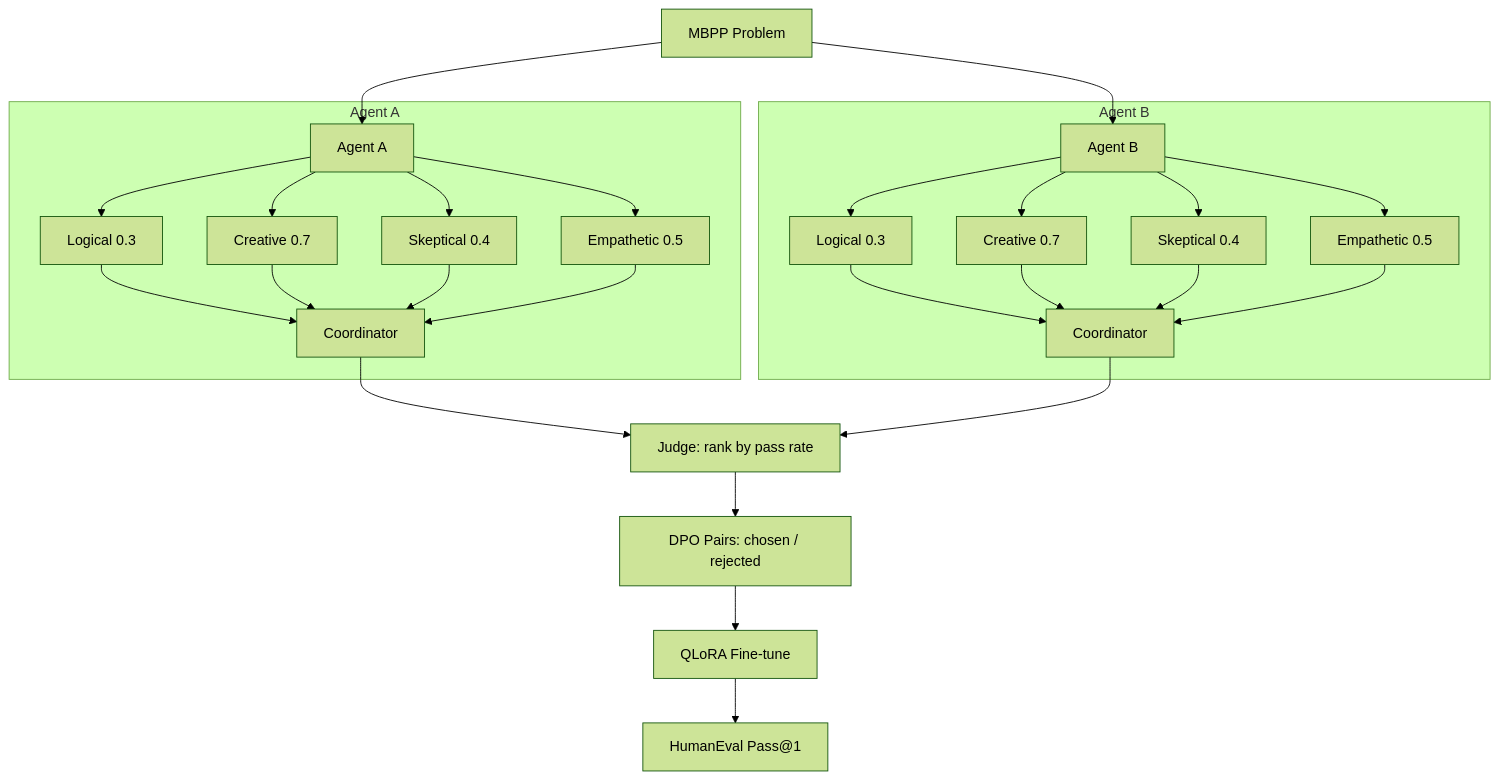
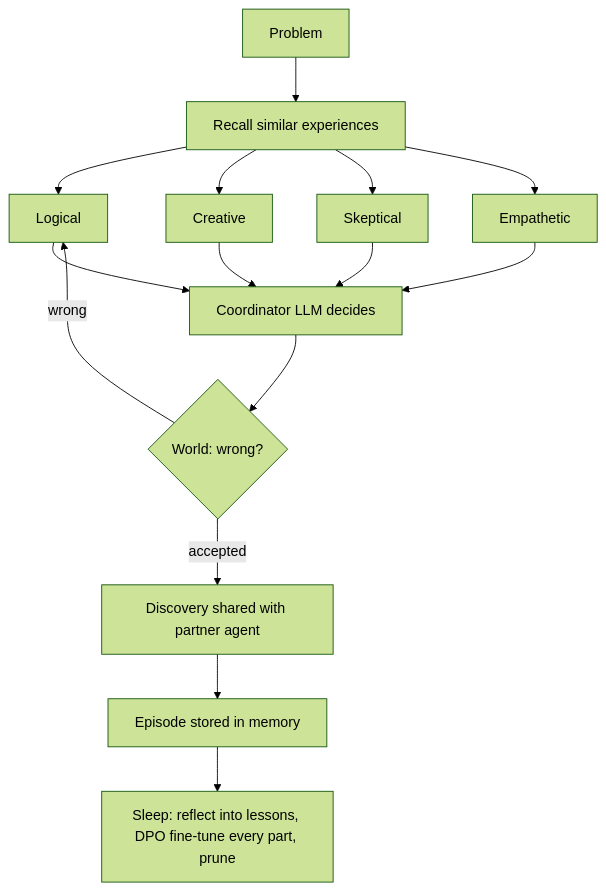
Before and after one commit to info-arnav/CogArch: the diagram in README.md, drawn with Mermaid (forest theme). The commit also changed other lines of this file and 105 other files, not shown here.

````diff
--- a/README.md
+++ b/README.md
@@ -31,28 +16,11 @@
 ```mermaid
 graph TD
-    P[MBPP Problem] --> A[Agent A]
-    P --> B[Agent B]
-
-    subgraph Agent A
-        A --> L1[Logical 0.3]
-        A --> C1[Creative 0.7]
-        A --> S1[Skeptical 0.4]
-        A --> E1[Empathetic 0.5]
-        L1 & C1 & S1 & E1 --> Coord1[Coordinator]
-    end
-
-    subgraph Agent B
-        B --> L2[Logical 0.3]
-        B --> C2[Creative 0.7]
-        B --> S2[Skeptical 0.4]
-        B --> E2[Empathetic 0.5]
-        L2 & C2 & S2 & E2 --> Coord2[Coordinator]
-    end
-
-    Coord1 --> Judge[Judge: rank by pass rate]
-    Coord2 --> Judge
-
-    Judge --> DPO[DPO Pairs: chosen / rejected]
-    DPO --> Finetune[QLoRA Fine-tune]
-    Finetune --> Eval[HumanEval Pass@1]
+    P[Problem] --> R[Recall similar experiences]
+    R --> S1[Logical] & S2[Creative] & S3[Skeptical] & S4[Empathetic]
+    S1 & S2 & S3 & S4 --> C[Coordinator LLM decides]
+    C --> W{World: wrong?}
+    W -- wrong --> S1
+    W -- accepted --> D[Discovery shared with partner agent]
+    D --> M[Episode stored in memory]
+    M --> Z[Sleep: reflect into lessons, DPO fine-tune every part, prune]
 ```
````
